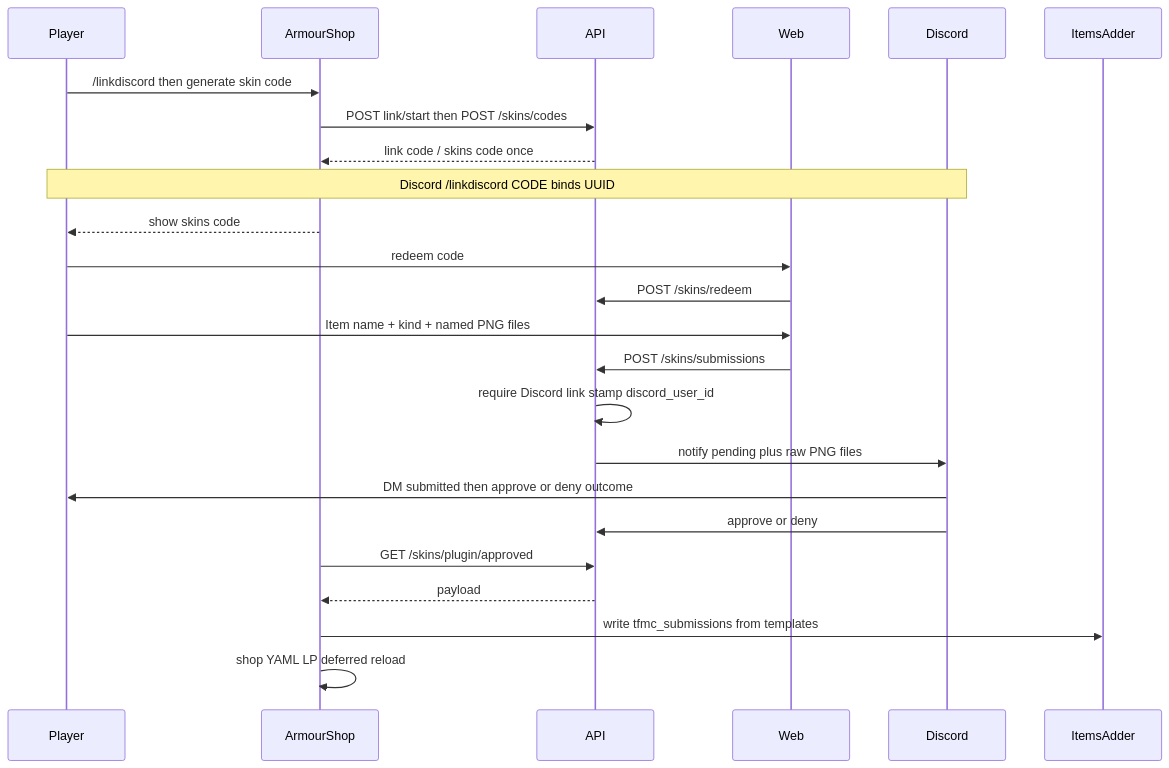
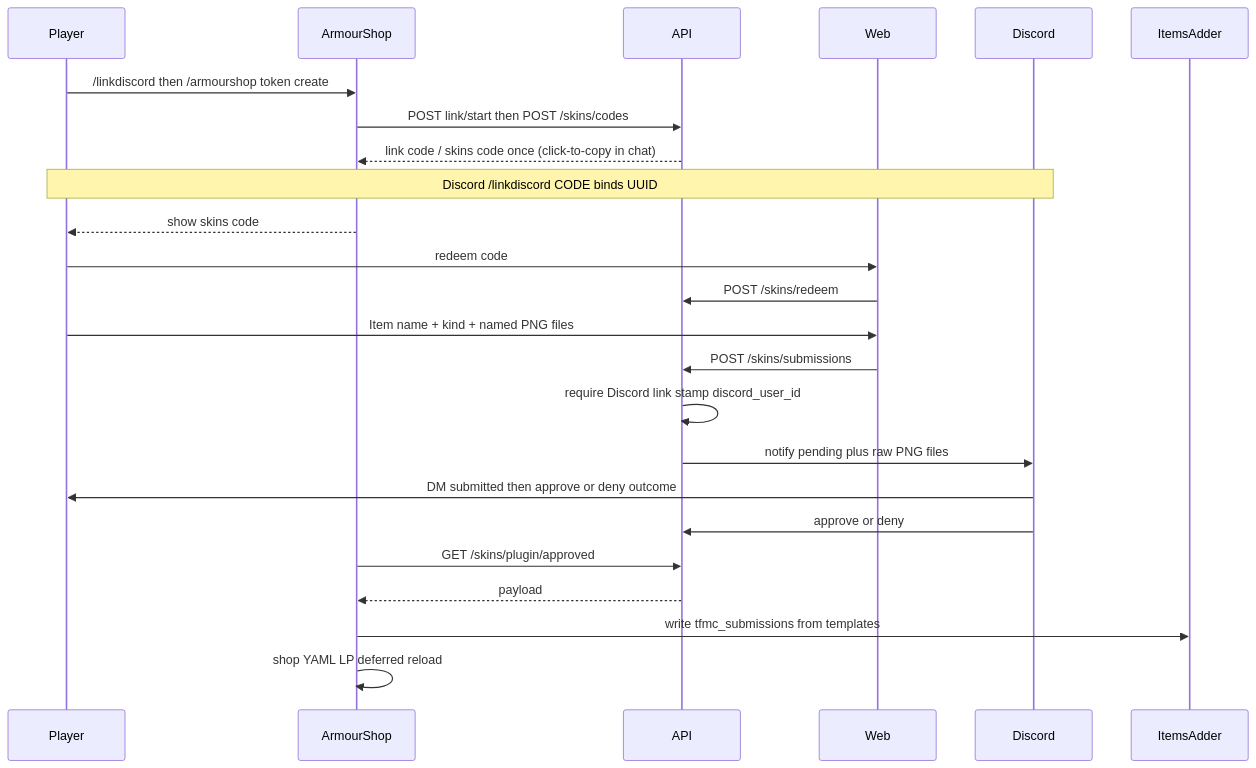
One commit to Drefvelin/ProvinceSystem changed the diagram in Planning/05-skins-system.md. Above: the diagram before and after it, drawn with Mermaid. The commit also changed other lines of this file and 16 other files, not shown here.

````diff
--- a/Planning/05-skins-system.md
+++ b/Planning/05-skins-system.md
@@ -43,27 +43,27 @@
 ```mermaid
 sequenceDiagram
   participant Player
   participant AS as ArmourShop
   participant API
   participant Web
   participant Discord
   participant IA as ItemsAdder
 
-  Player->>AS: /linkdiscord then generate skin code
+  Player->>AS: /linkdiscord then /armourshop token create
   AS->>API: POST link/start then POST /skins/codes
-  API-->>AS: link code / skins code once
+  API-->>AS: link code / skins code once (click-to-copy in chat)
   Note over Player,Discord: Discord /linkdiscord CODE binds UUID
   AS-->>Player: show skins code
   Player->>Web: redeem code
   Web->>API: POST /skins/redeem
   Player->>Web: Item name + kind + named PNG files
   Web->>API: POST /skins/submissions
   API->>API: require Discord link stamp discord_user_id
   API->>Discord: notify pending plus raw PNG files
   Discord->>Player: DM submitted then approve or deny outcome
   Discord->>API: approve or deny
   AS->>API: GET /skins/plugin/approved
   API-->>AS: payload
   AS->>IA: write tfmc_submissions from templates
   AS->>AS: shop YAML LP deferred reload
 ```
````
